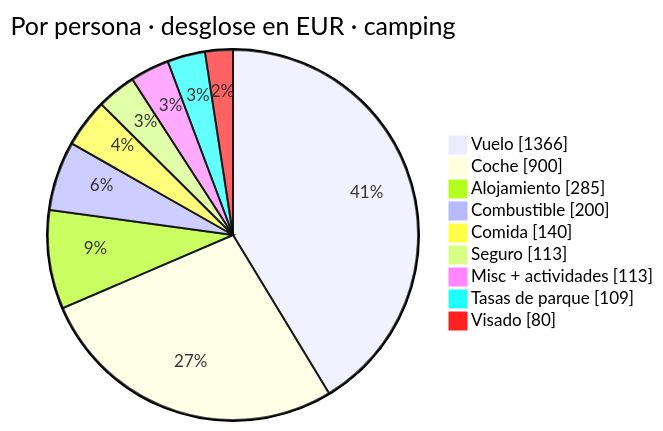
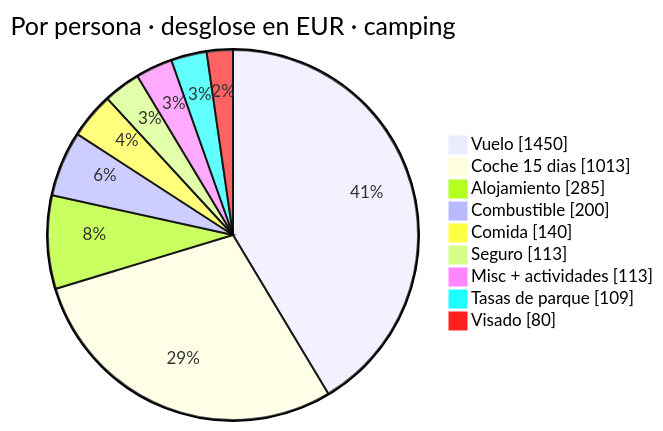
The third of 6 diagrams in README.md (morandeirachema/namibia), drawn with Mermaid before and after one commit. The commit also changed other lines of this file and 13 other files, not shown here.

````diff
--- a/README.md
+++ b/README.md
@@ -298,13 +308,13 @@
 ```mermaid
 pie showData
     title Por persona · desglose en EUR · camping
-    "Vuelo" : 1366
-    "Coche" : 900
+    "Vuelo" : 1450
+    "Coche 15 dias" : 1013
     "Alojamiento" : 285
     "Combustible" : 200
     "Comida" : 140
     "Seguro" : 113
     "Misc + actividades" : 113
     "Tasas de parque" : 109
     "Visado" : 80
 ```
````
